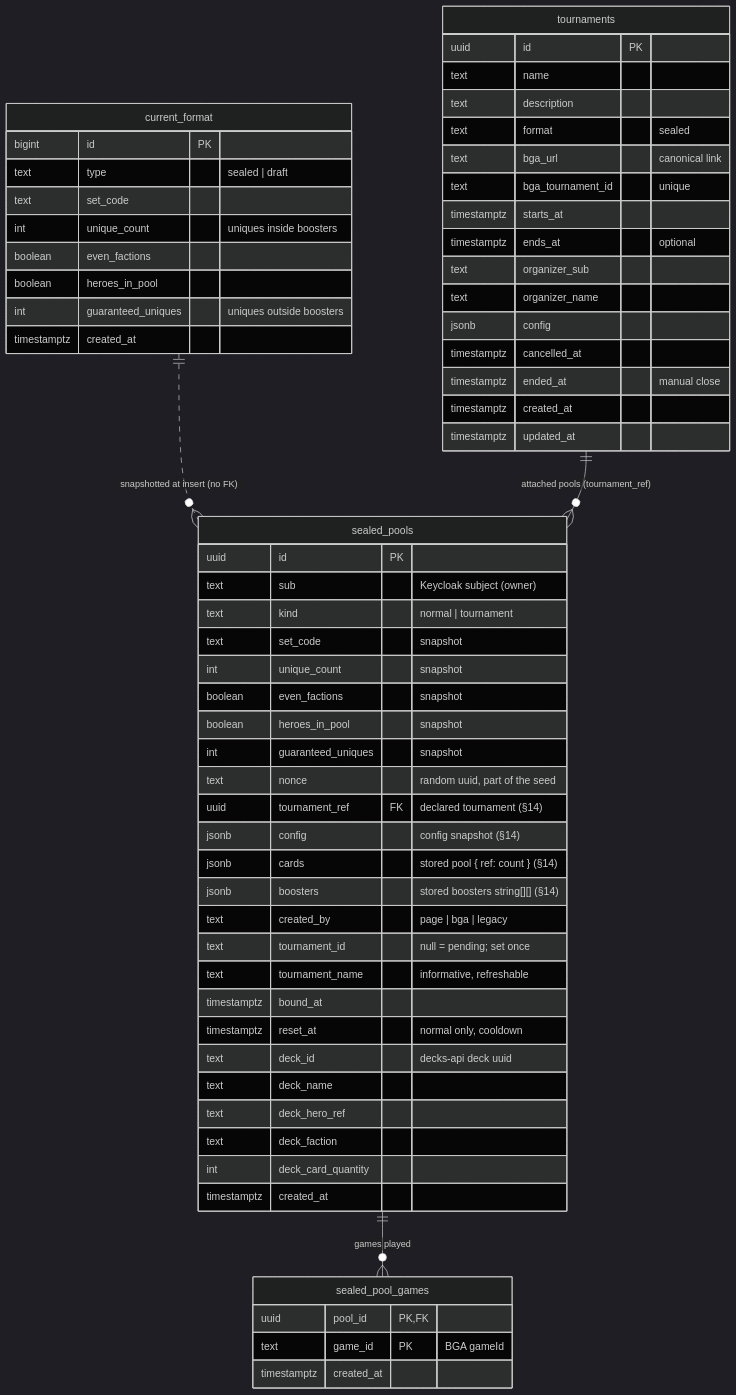
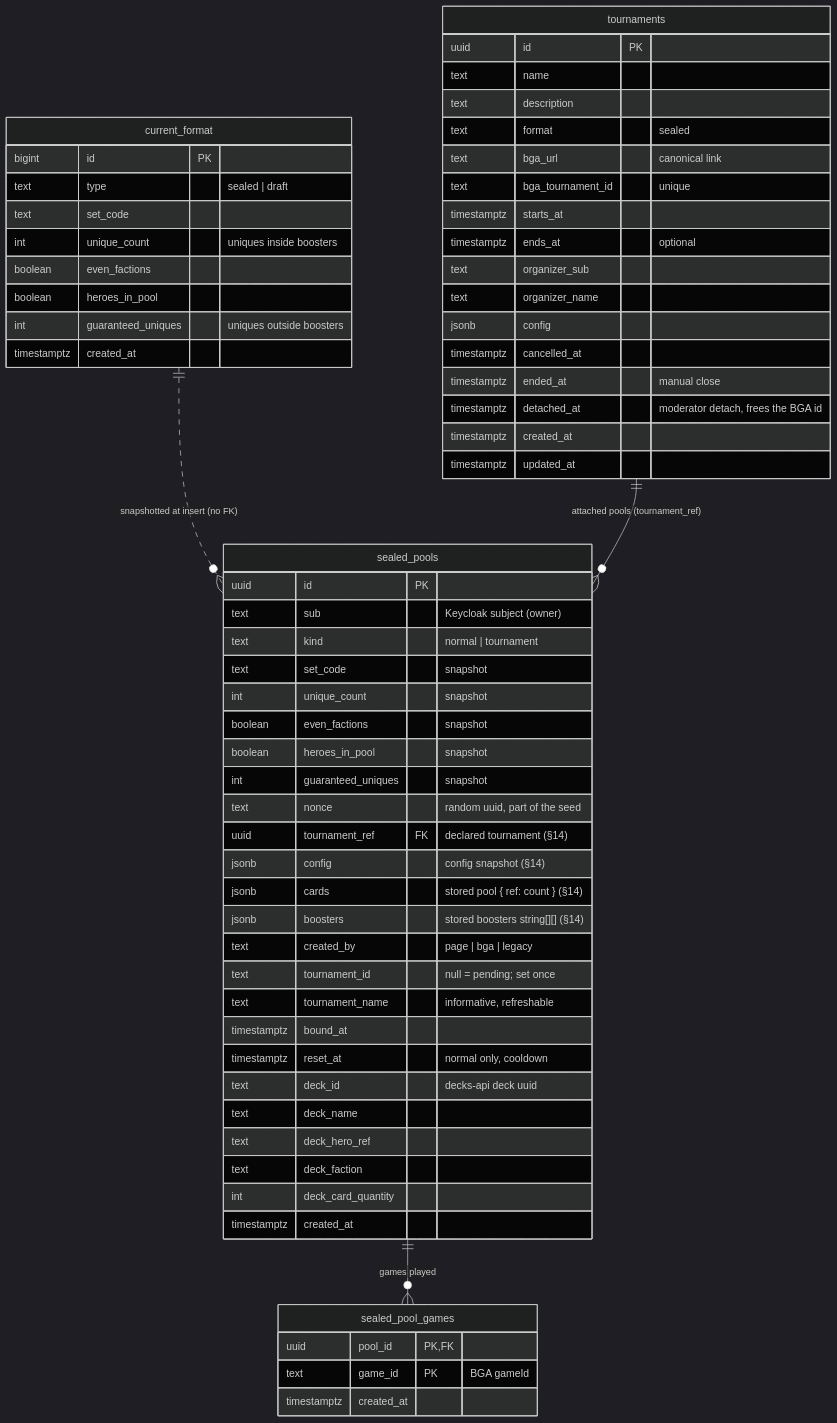
The seventh of 7 diagrams in docs/tournaments/README.md (Altered-Re-Union/altered-draft), drawn with Mermaid (dark theme) before and after one commit. The commit also changed other lines of this file and 18 other files, not shown here.

````diff
--- a/docs/tournaments/README.md
+++ b/docs/tournaments/README.md
@@ -514,64 +514,65 @@
 ```mermaid
 erDiagram
   current_format {
     bigint id PK
     text type "sealed | draft"
     text set_code
     int unique_count "uniques inside boosters"
     boolean even_factions
     boolean heroes_in_pool
     int guaranteed_uniques "uniques outside boosters"
     timestamptz created_at
   }
   sealed_pools {
     uuid id PK
     text sub "Keycloak subject (owner)"
     text kind "normal | tournament"
     text set_code "snapshot"
     int unique_count "snapshot"
     boolean even_factions "snapshot"
     boolean heroes_in_pool "snapshot"
     int guaranteed_uniques "snapshot"
     text nonce "random uuid, part of the seed"
     uuid tournament_ref FK "declared tournament (§14)"
     jsonb config "config snapshot (§14)"
     jsonb cards "stored pool { ref: count } (§14)"
     jsonb boosters "stored boosters string[][] (§14)"
     text created_by "page | bga | legacy"
     text tournament_id "null = pending; set once"
     text tournament_name "informative, refreshable"
     timestamptz bound_at
     timestamptz reset_at "normal only, cooldown"
     text deck_id "decks-api deck uuid"
     text deck_name
     text deck_hero_ref
     text deck_faction
     int deck_card_quantity
     timestamptz created_at
   }
   tournaments {
     uuid id PK
     text name
     text description
     text format "sealed"
     text bga_url "canonical link"
     text bga_tournament_id "unique"
     timestamptz starts_at
     timestamptz ends_at "optional"
     text organizer_sub
     text organizer_name
     jsonb config
     timestamptz cancelled_at
     timestamptz ended_at "manual close"
+    timestamptz detached_at "moderator detach, frees the BGA id"
     timestamptz created_at
     timestamptz updated_at
   }
   sealed_pool_games {
     uuid pool_id PK,FK
     text game_id PK "BGA gameId"
     timestamptz created_at
   }
   current_format ||..o{ sealed_pools : "snapshotted at insert (no FK)"
   sealed_pools ||--o{ sealed_pool_games : "games played"
   tournaments ||--o{ sealed_pools : "attached pools (tournament_ref)"
 ```
````
